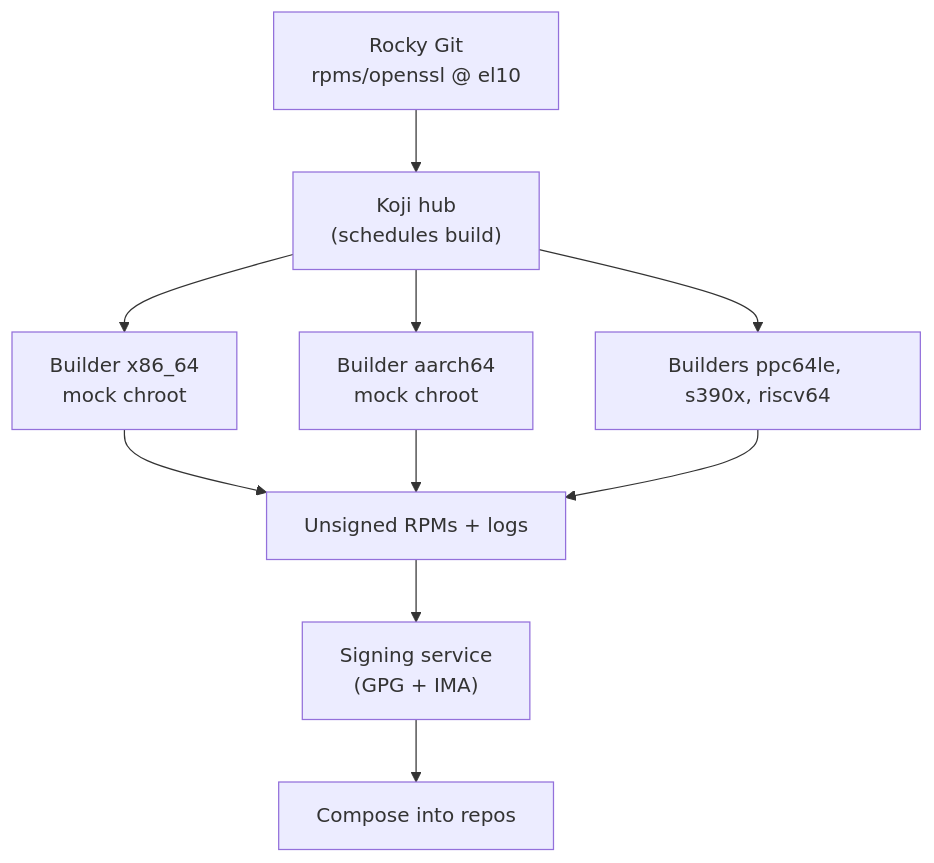
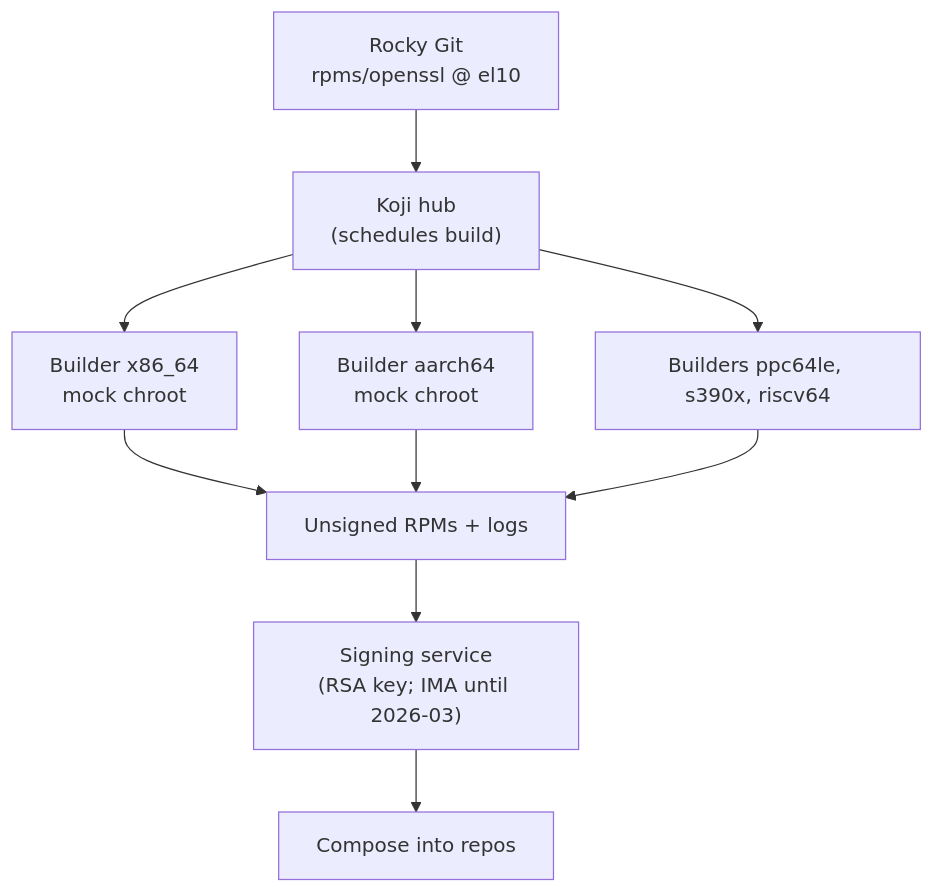
The fourth of 8 diagrams in content/21-inside-rocky-linux.md (ssimpson89/LinuxTrainingCourse), drawn with Mermaid before and after one commit. The commit also changed other lines of this file and 99 other files, not shown here.

````diff
--- a/content/21-inside-rocky-linux.md
+++ b/content/21-inside-rocky-linux.md
@@ -296,10 +324,10 @@
 ```mermaid
 flowchart TB
     G["Rocky Git<br/>rpms/openssl @ el10"] --> K["Koji hub<br/>(schedules build)"]
     K --> B1["Builder x86_64<br/>mock chroot"]
     K --> B2["Builder aarch64<br/>mock chroot"]
     K --> B3["Builders ppc64le, s390x, riscv64"]
     B1 & B2 & B3 --> O["Unsigned RPMs + logs"]
-    O --> SG["Signing service<br/>(GPG + IMA)"]
+    O --> SG["Signing service<br/>(RSA key; IMA until 2026-03)"]
     SG --> C["Compose into repos"]
 ```
````
